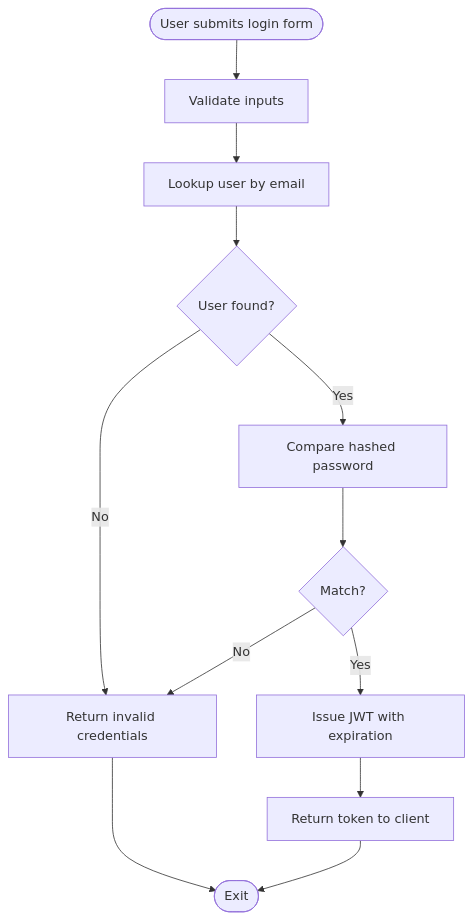
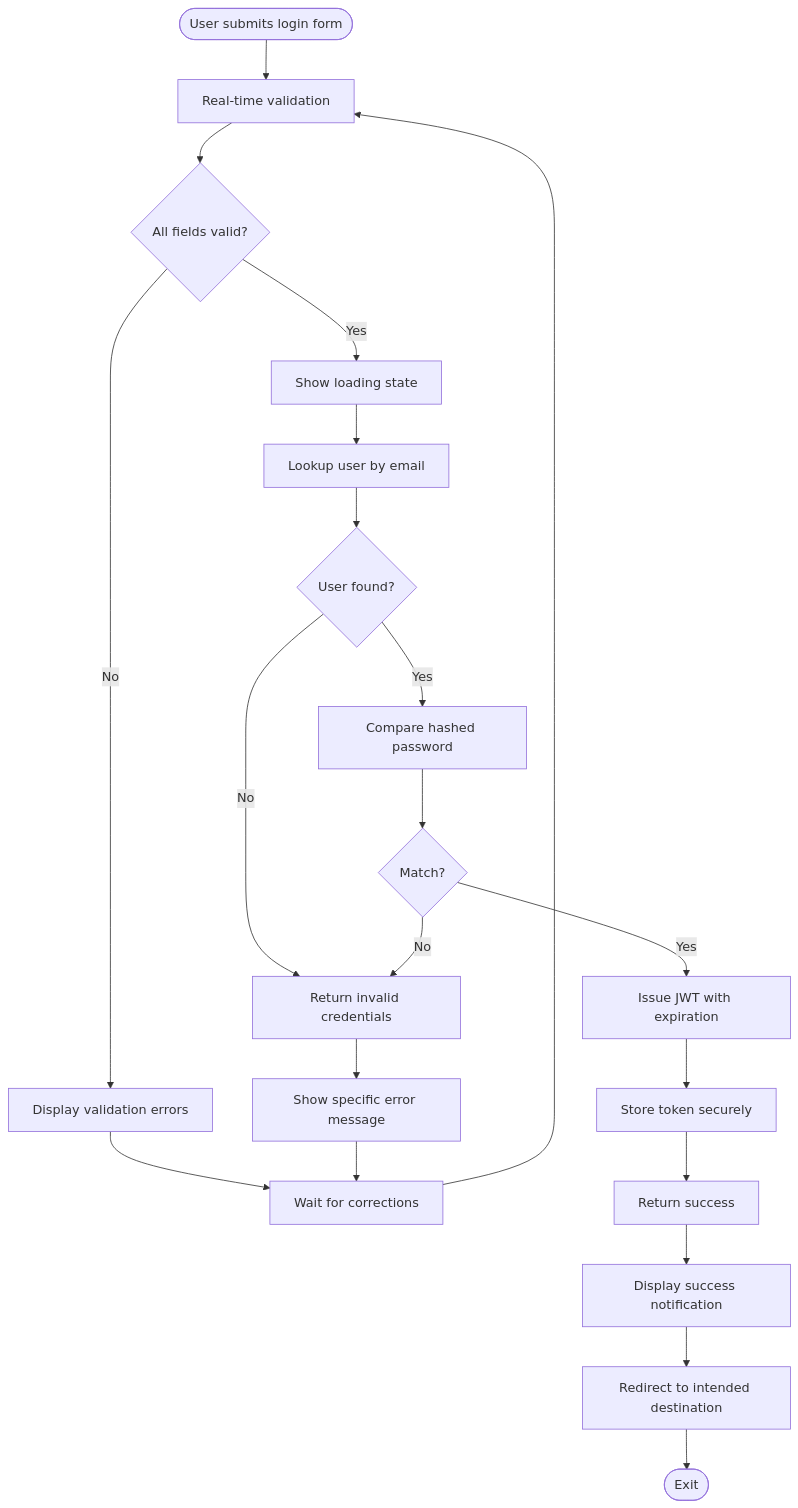
One commit to HassanAmeer/cheaprouter changed the fourth of 6 diagrams in .qoder/repowiki/en/content/Core Concepts/Authentication System.md. Above: the diagram before and after it, drawn with Mermaid. The commit also changed other lines of this file and 54 other files, not shown here.

````diff
--- a/.qoder/repowiki/en/content/Core Concepts/Authentication System.md
+++ b/.qoder/repowiki/en/content/Core Concepts/Authentication System.md
@@ -263,14 +342,23 @@
 ```mermaid
 flowchart TD
-Start(["User submits login form"]) --> Validate["Validate inputs"]
-Validate --> Lookup["Lookup user by email"]
+Start(["User submits login form"]) --> Validate["Real-time validation"]
+Validate --> CheckFields{"All fields valid?"}
+CheckFields --> |No| ShowErrors["Display validation errors"]
+ShowErrors --> Wait["Wait for corrections"]
+Wait --> Validate
+CheckFields --> |Yes| Loading["Show loading state"]
+Loading --> Lookup["Lookup user by email"]
 Lookup --> Found{"User found?"}
 Found --> |No| ErrCred["Return invalid credentials"]
+ErrCred --> ShowError["Show specific error message"]
+ShowError --> Wait
 Found --> |Yes| Compare["Compare hashed password"]
 Compare --> Match{"Match?"}
 Match --> |No| ErrCred
 Match --> |Yes| Issue["Issue JWT with expiration"]
-Issue --> Return["Return token to client"]
-ErrCred --> End(["Exit"])
-Return --> End
+Issue --> Store["Store token securely"]
+Store --> Success["Return success"]
+Success --> ShowSuccess["Display success notification"]
+ShowSuccess --> Redirect["Redirect to intended destination"]
+Redirect --> End(["Exit"])
 ```
````
